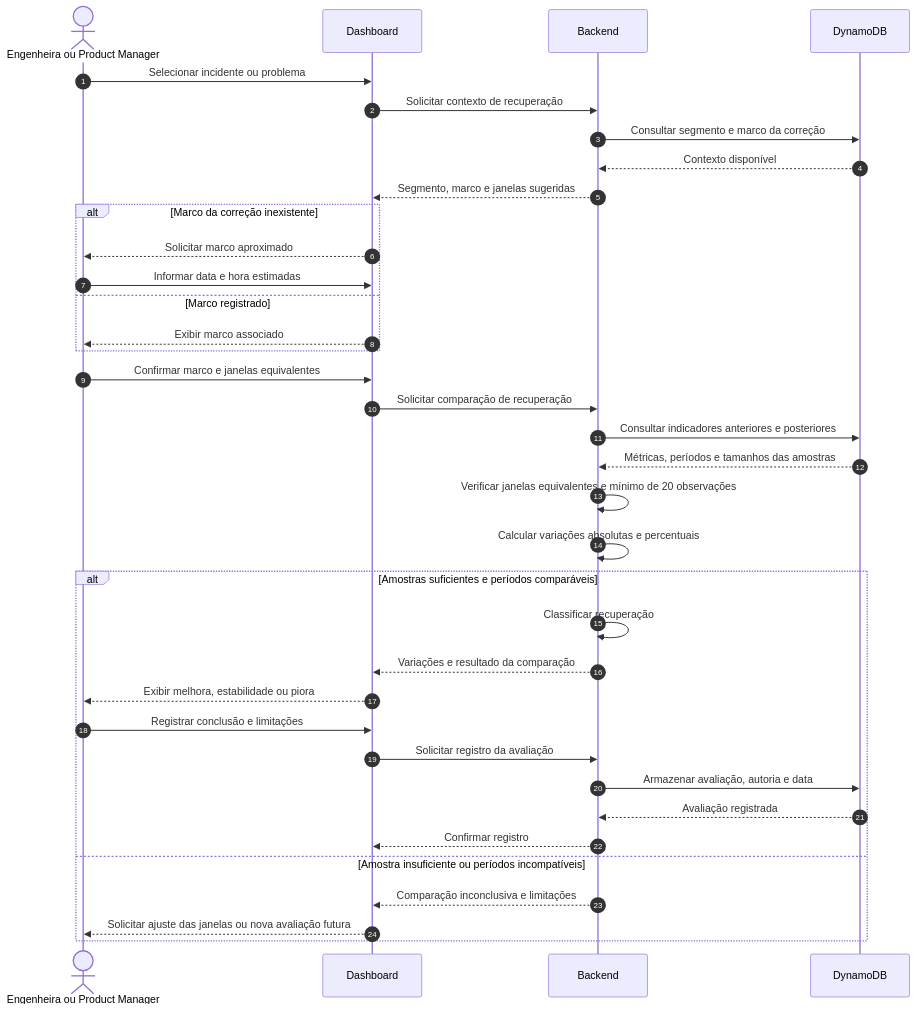
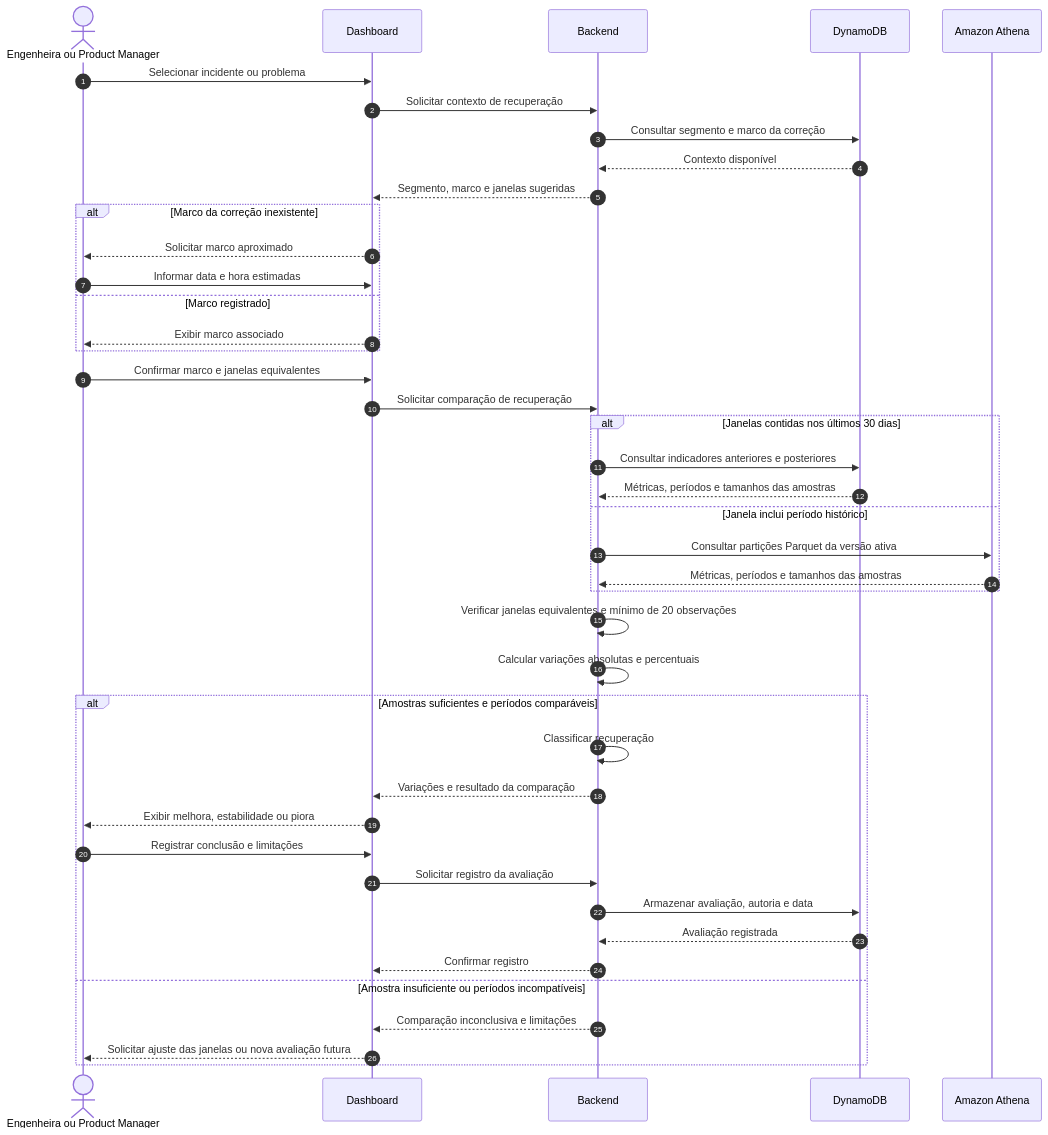
The fifth of 9 diagrams in artefatos/sprint3/modelagem.md (guedesrayssa/viewshow-ai-observability), drawn with Mermaid before and after one commit. The commit also changed other lines of this file and 9 other files, not shown here.

````diff
--- a/artefatos/sprint3/modelagem.md
+++ b/artefatos/sprint3/modelagem.md
@@ -817,43 +828,49 @@
 ```mermaid
 sequenceDiagram
     autonumber
 
     actor U as Engenheira ou Product Manager
     participant UI as Dashboard
     participant API as Backend
     participant DB as DynamoDB
+    participant ATH as Amazon Athena
 
     U->>UI: Selecionar incidente ou problema
     UI->>API: Solicitar contexto de recuperação
     API->>DB: Consultar segmento e marco da correção
     DB-->>API: Contexto disponível
     API-->>UI: Segmento, marco e janelas sugeridas
 
     alt Marco da correção inexistente
         UI-->>U: Solicitar marco aproximado
         U->>UI: Informar data e hora estimadas
     else Marco registrado
         UI-->>U: Exibir marco associado
     end
 
     U->>UI: Confirmar marco e janelas equivalentes
     UI->>API: Solicitar comparação de recuperação
-    API->>DB: Consultar indicadores anteriores e posteriores
-    DB-->>API: Métricas, períodos e tamanhos das amostras
+    alt Janelas contidas nos últimos 30 dias
+        API->>DB: Consultar indicadores anteriores e posteriores
+        DB-->>API: Métricas, períodos e tamanhos das amostras
+    else Janela inclui período histórico
+        API->>ATH: Consultar partições Parquet da versão ativa
+        ATH-->>API: Métricas, períodos e tamanhos das amostras
+    end
     API->>API: Verificar janelas equivalentes e mínimo de 20 observações
     API->>API: Calcular variações absolutas e percentuais
 
     alt Amostras suficientes e períodos comparáveis
         API->>API: Classificar recuperação
         API-->>UI: Variações e resultado da comparação
         UI-->>U: Exibir melhora, estabilidade ou piora
         U->>UI: Registrar conclusão e limitações
         UI->>API: Solicitar registro da avaliação
         API->>DB: Armazenar avaliação, autoria e data
         DB-->>API: Avaliação registrada
         API-->>UI: Confirmar registro
     else Amostra insuficiente ou períodos incompatíveis
         API-->>UI: Comparação inconclusiva e limitações
         UI-->>U: Solicitar ajuste das janelas ou nova avaliação futura
     end
 ```
````
